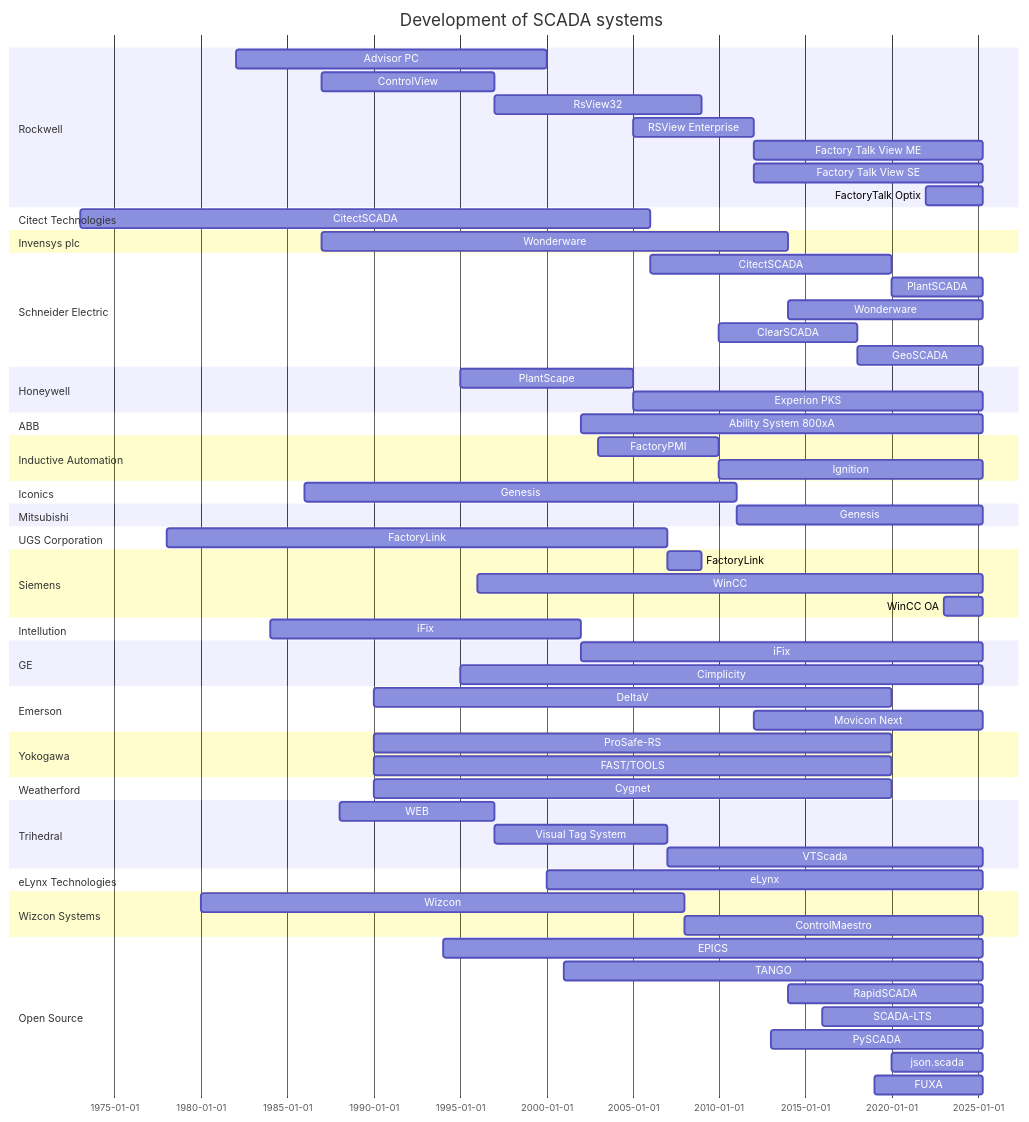
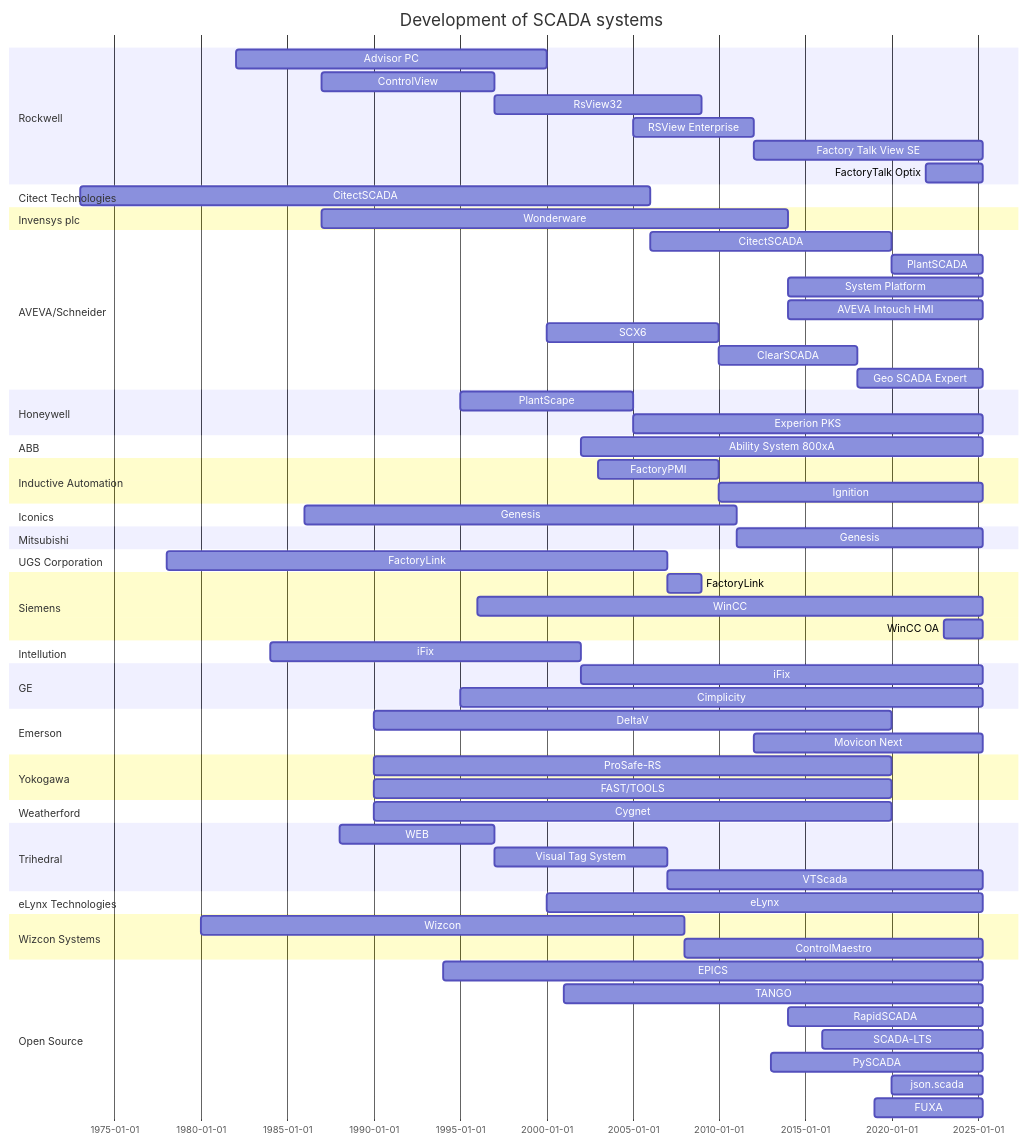
The diagram in README.md (hutcheb/scada-timeline), drawn with Mermaid before and after one commit.

Commit message:
fix: Updated based on comments #1

```diff
--- a/README.md
+++ b/README.md
@@ -12,7 +12,6 @@
         ControlView : controlview, 1987, 1997
         RsView32    :1997, 2009
         RSView Enterprise : 2005, 2012
-        Factory Talk View ME :2012, until 2025
         Factory Talk View SE :2012, until 2025
         FactoryTalk Optix    : 2022, until 2025
     section Citect Technologies
@@ -21,13 +20,16 @@
     section Invensys plc
         %%(https://en.wikipedia.org/wiki/Wonderware)
         Wonderware :s2, 1987, 2014
-    section Schneider Electric
+    section AVEVA/Schneider
         CitectSCADA :after c1, 2020
         PlantSCADA :until 2025
-        Wonderware :after s2, until 2025
-        %%(Estimates)
-        ClearSCADA :clearscada, 2010, 2018
-        GeoSCADA : after clearscada, until 2025
+        System Platform :after s2, until 2025
+        %%(Don't have dates for Intouch)
+        AVEVA Intouch HMI :after s2, until 2025
+        %%(https://github.com/hutcheb/scada-timeline/issues/1)
+        SCX6 : scx6, 2000, 2010
+        ClearSCADA :clearscada, after scx6, 2018
+        Geo SCADA Expert : after clearscada, until 2025
     section Honeywell
         %%(Estimates)
         PlantScape :plantscape, 1995, 2005
```
